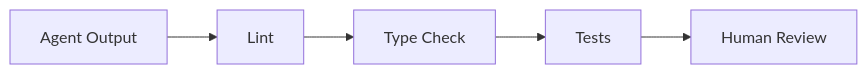
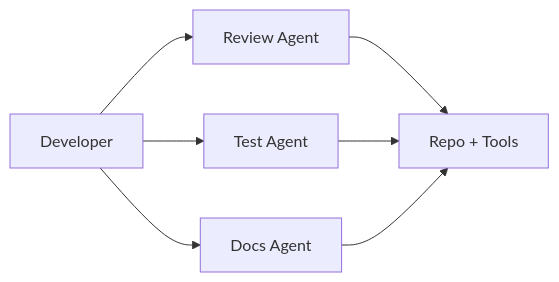
Before and after one commit to tammym-demos/ghcp-agentic-hack: the second of 4 diagrams in workshops/copilot-dev-advanced/copilot-dev-advanced.slidev.md, drawn with Mermaid. The commit also changed other lines of this file and 20 other files, not shown here.

````diff
--- a/workshops/copilot-dev-advanced/copilot-dev-advanced.slidev.md
+++ b/workshops/copilot-dev-advanced/copilot-dev-advanced.slidev.md
@@ -497,7 +153,9 @@
-```mermaid {scale: 0.5}
+```mermaid {scale: 0.65}
 graph LR
-    A["Agent Output"] --> B["Lint"]
-    B --> C["Type Check"]
-    C --> D["Tests"]
-    D --> E["Human Review"]
+    A["Developer"] --> B["Review Agent"]
+    A --> C["Test Agent"]
+    A --> D["Docs Agent"]
+    B --> E["Repo + Tools"]
+    C --> E
+    D --> E
 ```
````
